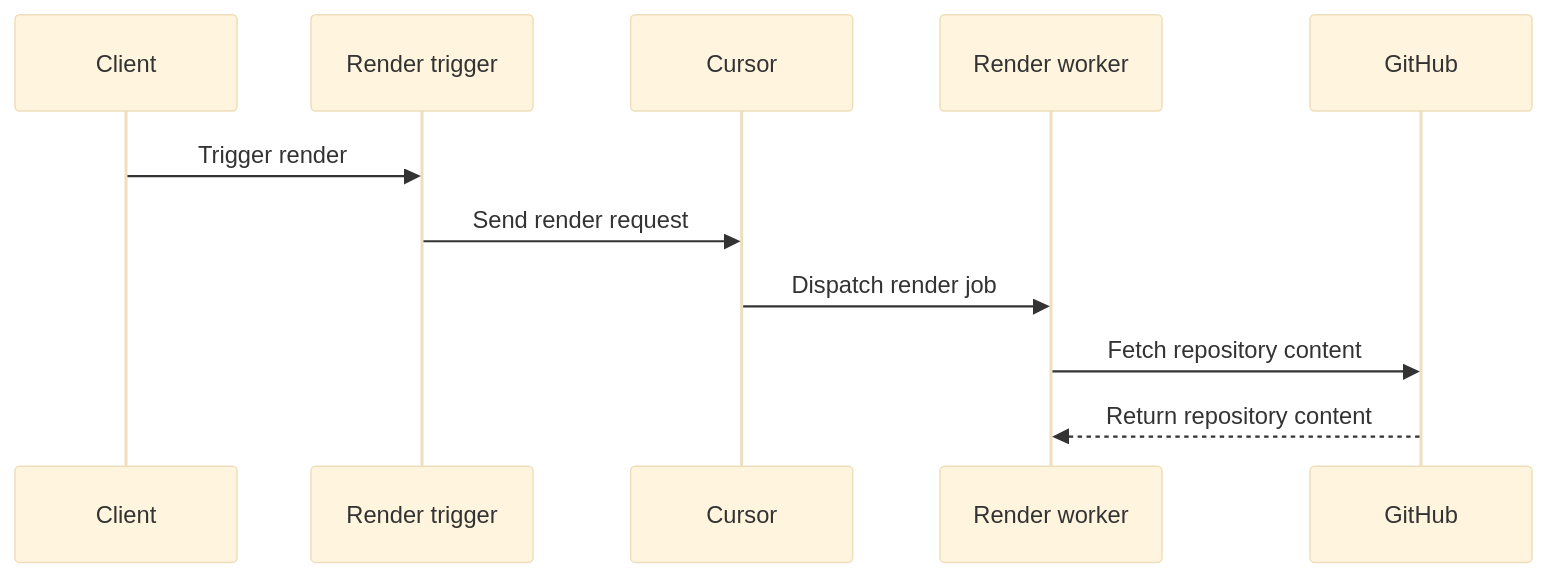
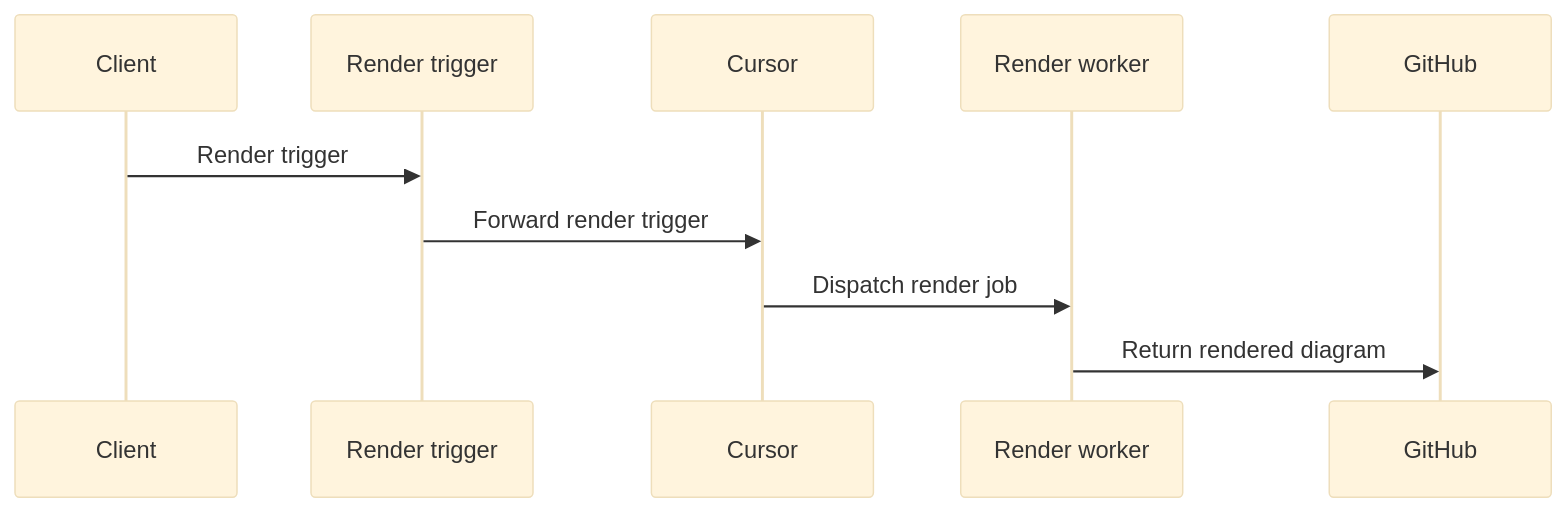
One commit to starmorph/mermaid-anywhere changed the first of 2 diagrams in README.md. Above: the diagram before and after it, drawn with Mermaid (base theme).

Commit message:
docs: add mermaid sequence diagram to readme

````diff
--- a/README.md
+++ b/README.md
@@ -46,14 +46,13 @@
 ```mermaid
 sequenceDiagram
     participant Client
     participant RenderTrigger as Render trigger
     participant Cursor
     participant RenderWorker as Render worker
     participant GitHub
 
-    Client->>RenderTrigger: Trigger render
-    RenderTrigger->>Cursor: Send render request
+    Client->>RenderTrigger: Render trigger
+    RenderTrigger->>Cursor: Forward render trigger
     Cursor->>RenderWorker: Dispatch render job
-    RenderWorker->>GitHub: Fetch repository content
-    GitHub-->>RenderWorker: Return repository content
+    RenderWorker->>GitHub: Return rendered diagram
 ```
````
